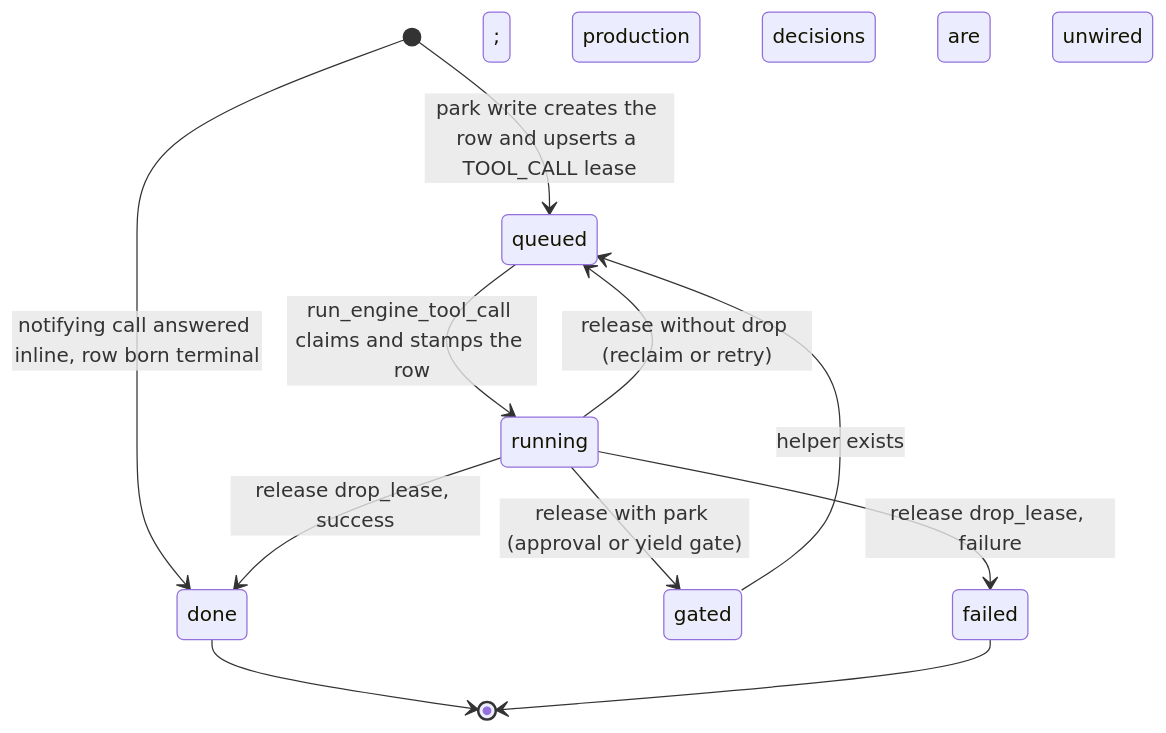
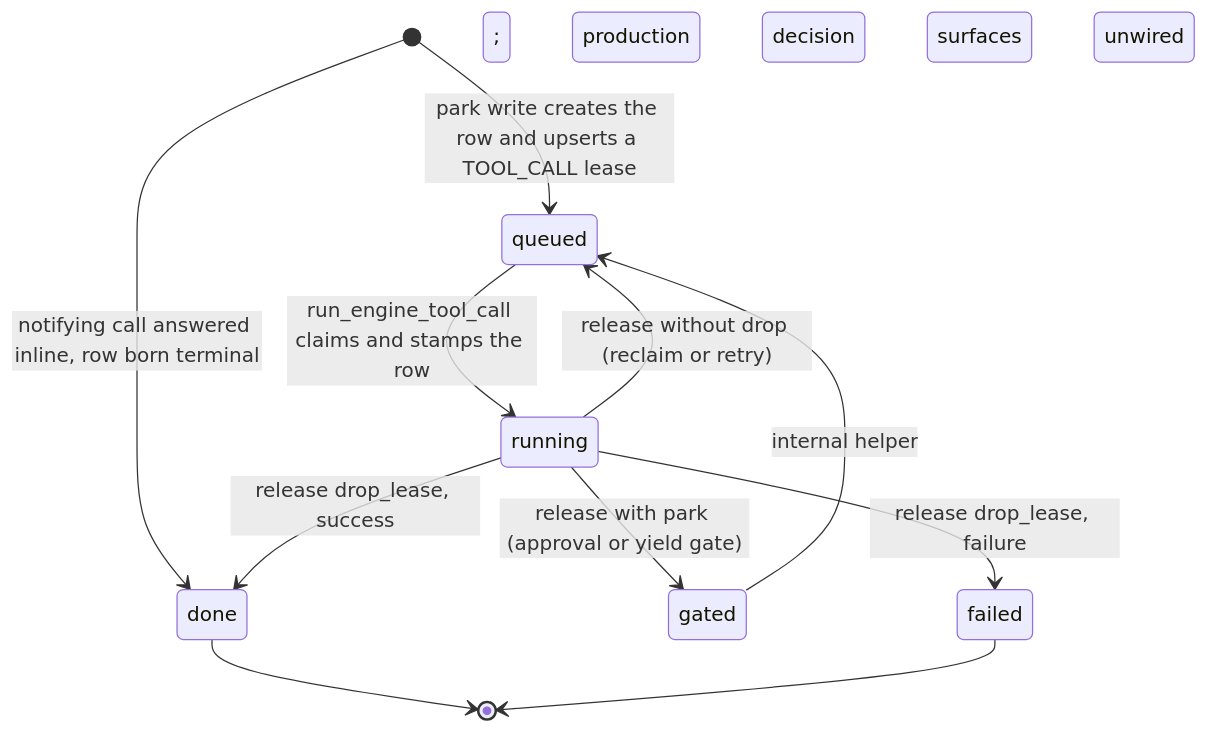
One commit to primerhq/primer changed the second of 3 diagrams in docs/dev/architecture/claim-machine.md. Above: the diagram before and after it, drawn with Mermaid. The commit also changed other lines of this file and 4 other files, not shown here.

````diff
--- a/docs/dev/architecture/claim-machine.md
+++ b/docs/dev/architecture/claim-machine.md
@@ -33,13 +33,13 @@
 ```mermaid
 stateDiagram-v2
     [*] --> queued: park write creates the row and upserts a TOOL_CALL lease
     [*] --> done: notifying call answered inline, row born terminal
     queued --> running: run_engine_tool_call claims and stamps the row
     running --> gated: release with park (approval or yield gate)
-    gated --> queued: helper exists; production decisions are unwired
+    gated --> queued: internal helper; production decision surfaces unwired
     running --> done: release drop_lease, success
     running --> failed: release drop_lease, failure
     running --> queued: release without drop (reclaim or retry)
     done --> [*]
     failed --> [*]
 ```
````
